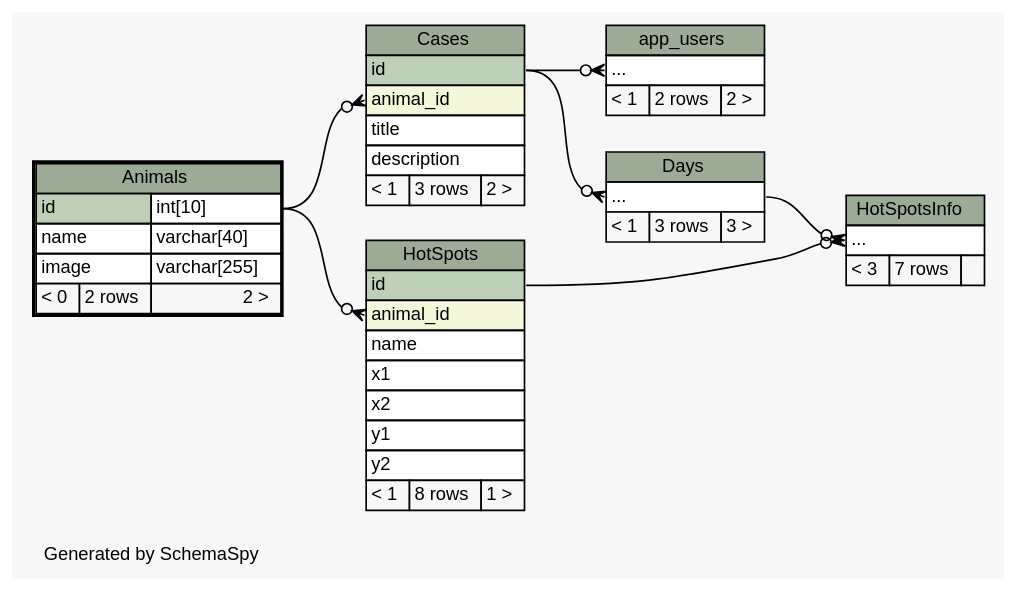
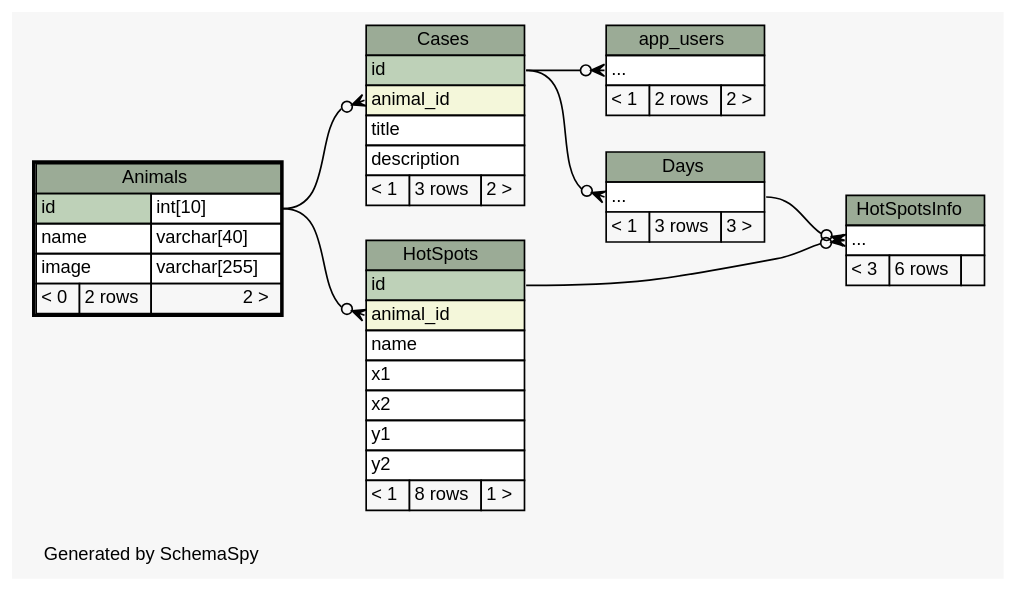
One commit to carrel2/CaseStudies changed the diagram in web/files/schema/diagrams/Animals.2degrees.dot. Above: the diagram before and after it, drawn with Graphviz. The commit also changed 170 other files, not shown here.

```diff
--- a/web/files/schema/diagrams/Animals.2degrees.dot
+++ b/web/files/schema/diagrams/Animals.2degrees.dot
@@ -1,99 +1,99 @@
 // dot 2.38.0 on Linux 4.4.0-77-generic
 // SchemaSpy rev 590
 digraph "twoDegreesRelationshipsDiagram" {
   graph [
     rankdir="RL"
     bgcolor="#f7f7f7"
     label="\nGenerated by SchemaSpy"
     labeljust="l"
     nodesep="0.18"
     ranksep="0.46"
     fontname="Helvetica"
     fontsize="11"
   ];
   node [
     fontname="Helvetica"
     fontsize="11"
     shape="plaintext"
   ];
   edge [
     arrowsize="0.8"
   ];
   "app_users":"elipses":w -> "Cases":"id":e [arrowhead=none dir=back arrowtail=crowodot];
   "Cases":"animal_id":w -> "Animals":"id.type":e [arrowhead=none dir=back arrowtail=crowodot];
   "Days":"elipses":w -> "Cases":"id":e [arrowhead=none dir=back arrowtail=crowodot];
   "HotSpots":"animal_id":w -> "Animals":"id.type":e [arrowhead=none dir=back arrowtail=crowodot];
   "HotSpotsInfo":"elipses":w -> "Days":"elipses":e [arrowhead=none dir=back arrowtail=crowodot];
   "HotSpotsInfo":"elipses":w -> "HotSpots":"id":e [arrowhead=none dir=back arrowtail=crowodot];
   "Animals" [
     label=<
     <TABLE BORDER="2" CELLBORDER="1" CELLSPACING="0" BGCOLOR="#ffffff">
       <TR><TD COLSPAN="3" BGCOLOR="#9bab96" ALIGN="CENTER">Animals</TD></TR>
       <TR><TD PORT="id" COLSPAN="2" BGCOLOR="#bed1b8" ALIGN="LEFT">id</TD><TD PORT="id.type" ALIGN="LEFT">int[10]</TD></TR>
       <TR><TD PORT="name" COLSPAN="2" ALIGN="LEFT">name</TD><TD PORT="name.type" ALIGN="LEFT">varchar[40]</TD></TR>
       <TR><TD PORT="image" COLSPAN="2" ALIGN="LEFT">image</TD><TD PORT="image.type" ALIGN="LEFT">varchar[255]</TD></TR>
       <TR><TD ALIGN="LEFT" BGCOLOR="#f7f7f7">&lt; 0</TD><TD ALIGN="RIGHT" BGCOLOR="#f7f7f7">2 rows</TD><TD ALIGN="RIGHT" BGCOLOR="#f7f7f7">2 &gt;</TD></TR>
     </TABLE>>
     URL="Animals.html"
     tooltip="Animals"
   ];
   "app_users" [
     label=<
     <TABLE BORDER="0" CELLBORDER="1" CELLSPACING="0" BGCOLOR="#ffffff">
       <TR><TD COLSPAN="3" BGCOLOR="#9bab96" ALIGN="CENTER">app_users</TD></TR>
       <TR><TD PORT="elipses" COLSPAN="3" ALIGN="LEFT">...</TD></TR>
       <TR><TD ALIGN="LEFT" BGCOLOR="#f7f7f7">&lt; 1</TD><TD ALIGN="RIGHT" BGCOLOR="#f7f7f7">2 rows</TD><TD ALIGN="RIGHT" BGCOLOR="#f7f7f7">2 &gt;</TD></TR>
     </TABLE>>
     URL="app_users.html"
     tooltip="app_users"
   ];
   "Cases" [
     label=<
     <TABLE BORDER="0" CELLBORDER="1" CELLSPACING="0" BGCOLOR="#ffffff">
       <TR><TD COLSPAN="3" BGCOLOR="#9bab96" ALIGN="CENTER">Cases</TD></TR>
       <TR><TD PORT="id" COLSPAN="3" BGCOLOR="#bed1b8" ALIGN="LEFT">id</TD></TR>
       <TR><TD PORT="animal_id" COLSPAN="3" BGCOLOR="#f4f7da" ALIGN="LEFT">animal_id</TD></TR>
       <TR><TD PORT="title" COLSPAN="3" ALIGN="LEFT">title</TD></TR>
       <TR><TD PORT="description" COLSPAN="3" ALIGN="LEFT">description</TD></TR>
       <TR><TD ALIGN="LEFT" BGCOLOR="#f7f7f7">&lt; 1</TD><TD ALIGN="RIGHT" BGCOLOR="#f7f7f7">3 rows</TD><TD ALIGN="RIGHT" BGCOLOR="#f7f7f7">2 &gt;</TD></TR>
     </TABLE>>
     URL="Cases.html"
     tooltip="Cases"
   ];
   "Days" [
     label=<
     <TABLE BORDER="0" CELLBORDER="1" CELLSPACING="0" BGCOLOR="#ffffff">
       <TR><TD COLSPAN="3" BGCOLOR="#9bab96" ALIGN="CENTER">Days</TD></TR>
       <TR><TD PORT="elipses" COLSPAN="3" ALIGN="LEFT">...</TD></TR>
       <TR><TD ALIGN="LEFT" BGCOLOR="#f7f7f7">&lt; 1</TD><TD ALIGN="RIGHT" BGCOLOR="#f7f7f7">3 rows</TD><TD ALIGN="RIGHT" BGCOLOR="#f7f7f7">3 &gt;</TD></TR>
     </TABLE>>
     URL="Days.html"
     tooltip="Days"
   ];
   "HotSpots" [
     label=<
     <TABLE BORDER="0" CELLBORDER="1" CELLSPACING="0" BGCOLOR="#ffffff">
       <TR><TD COLSPAN="3" BGCOLOR="#9bab96" ALIGN="CENTER">HotSpots</TD></TR>
       <TR><TD PORT="id" COLSPAN="3" BGCOLOR="#bed1b8" ALIGN="LEFT">id</TD></TR>
       <TR><TD PORT="animal_id" COLSPAN="3" BGCOLOR="#f4f7da" ALIGN="LEFT">animal_id</TD></TR>
       <TR><TD PORT="name" COLSPAN="3" ALIGN="LEFT">name</TD></TR>
       <TR><TD PORT="x1" COLSPAN="3" ALIGN="LEFT">x1</TD></TR>
       <TR><TD PORT="x2" COLSPAN="3" ALIGN="LEFT">x2</TD></TR>
       <TR><TD PORT="y1" COLSPAN="3" ALIGN="LEFT">y1</TD></TR>
       <TR><TD PORT="y2" COLSPAN="3" ALIGN="LEFT">y2</TD></TR>
       <TR><TD ALIGN="LEFT" BGCOLOR="#f7f7f7">&lt; 1</TD><TD ALIGN="RIGHT" BGCOLOR="#f7f7f7">8 rows</TD><TD ALIGN="RIGHT" BGCOLOR="#f7f7f7">1 &gt;</TD></TR>
     </TABLE>>
     URL="HotSpots.html"
     tooltip="HotSpots"
   ];
   "HotSpotsInfo" [
     label=<
     <TABLE BORDER="0" CELLBORDER="1" CELLSPACING="0" BGCOLOR="#ffffff">
       <TR><TD COLSPAN="3" BGCOLOR="#9bab96" ALIGN="CENTER">HotSpotsInfo</TD></TR>
       <TR><TD PORT="elipses" COLSPAN="3" ALIGN="LEFT">...</TD></TR>
-      <TR><TD ALIGN="LEFT" BGCOLOR="#f7f7f7">&lt; 3</TD><TD ALIGN="RIGHT" BGCOLOR="#f7f7f7">7 rows</TD><TD ALIGN="RIGHT" BGCOLOR="#f7f7f7">  </TD></TR>
+      <TR><TD ALIGN="LEFT" BGCOLOR="#f7f7f7">&lt; 3</TD><TD ALIGN="RIGHT" BGCOLOR="#f7f7f7">6 rows</TD><TD ALIGN="RIGHT" BGCOLOR="#f7f7f7">  </TD></TR>
     </TABLE>>
     URL="HotSpotsInfo.html"
     tooltip="HotSpotsInfo"
   ];
 }
```
